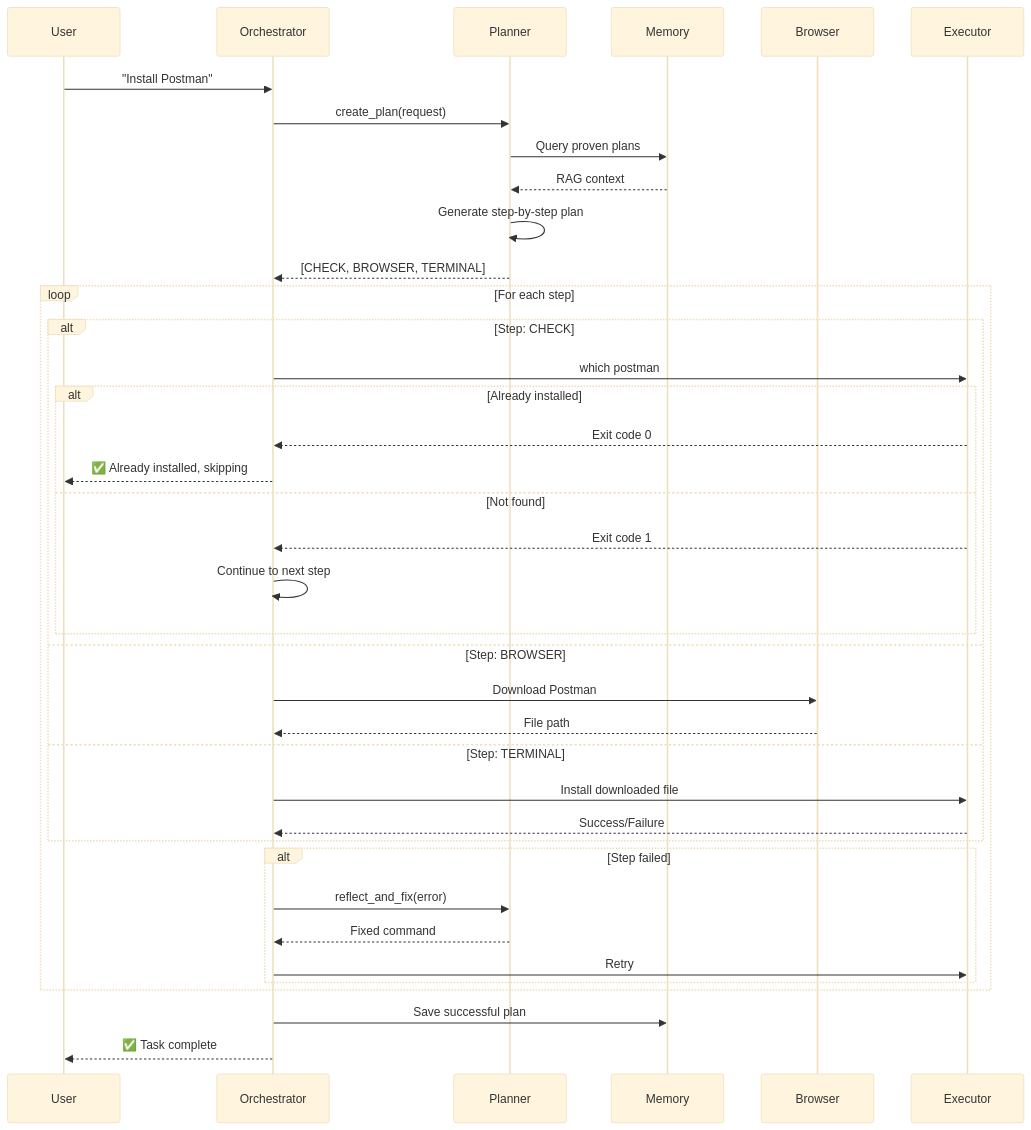
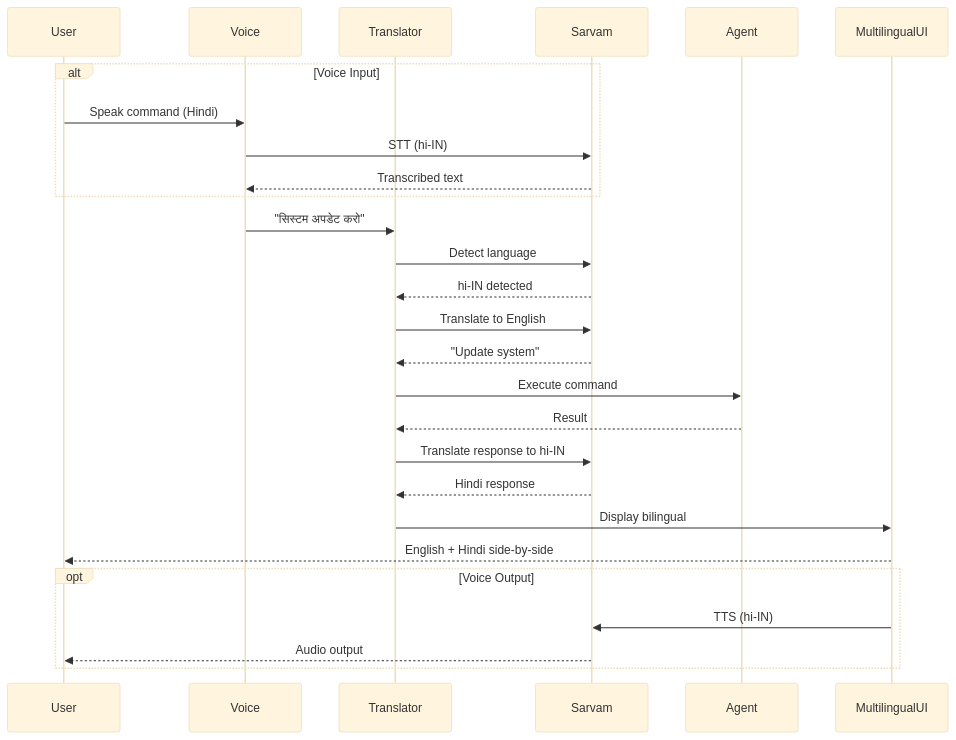
The third of 4 diagrams in README.md (Garvit1000/nexus), drawn with Mermaid (base theme) before and after one commit. The commit also changed other lines of this file and 5 other files, not shown here.

````diff
--- a/README.md
+++ b/README.md
@@ -154,46 +215,36 @@
 ```mermaid
 sequenceDiagram
     participant User
-    participant Orchestrator
-    participant Planner
-    participant Memory
-    participant Browser
-    participant Executor
+    participant Voice
+    participant Translator
+    participant Sarvam
+    participant Agent
+    participant MultilingualUI
     
-    User->>Orchestrator: "Install Postman"
-    Orchestrator->>Planner: create_plan(request)
-    
-    Planner->>Memory: Query proven plans
-    Memory-->>Planner: RAG context
-    
-    Planner->>Planner: Generate step-by-step plan
-    Planner-->>Orchestrator: [CHECK, BROWSER, TERMINAL]
-    
-    loop For each step
-        alt Step: CHECK
-            Orchestrator->>Executor: which postman
-            alt Already installed
-                Executor-->>Orchestrator: Exit code 0
-                Orchestrator-->>User: ✅ Already installed, skipping
-            else Not found
-                Executor-->>Orchestrator: Exit code 1
-                Orchestrator->>Orchestrator: Continue to next step
-            end
-        else Step: BROWSER
-            Orchestrator->>Browser: Download Postman
-            Browser-->>Orchestrator: File path
-        else Step: TERMINAL
-            Orchestrator->>Executor: Install downloaded file
-            Executor-->>Orchestrator: Success/Failure
-        end
-        
-        alt Step failed
-            Orchestrator->>Planner: reflect_and_fix(error)
-            Planner-->>Orchestrator: Fixed command
-            Orchestrator->>Executor: Retry
-        end
+    alt Voice Input
+        User->>Voice: Speak command (Hindi)
+        Voice->>Sarvam: STT (hi-IN)
+        Sarvam-->>Voice: Transcribed text
     end
     
-    Orchestrator->>Memory: Save successful plan
-    Orchestrator-->>User: ✅ Task complete
+    Voice->>Translator: "सिस्टम अपडेट करो"
+    Translator->>Sarvam: Detect language
+    Sarvam-->>Translator: hi-IN detected
+    
+    Translator->>Sarvam: Translate to English
+    Sarvam-->>Translator: "Update system"
+    
+    Translator->>Agent: Execute command
+    Agent-->>Translator: Result
+    
+    Translator->>Sarvam: Translate response to hi-IN
+    Sarvam-->>Translator: Hindi response
+    
+    Translator->>MultilingualUI: Display bilingual
+    MultilingualUI-->>User: English + Hindi side-by-side
+    
+    opt Voice Output
+        MultilingualUI->>Sarvam: TTS (hi-IN)
+        Sarvam-->>User: Audio output
+    end
 ```
````
